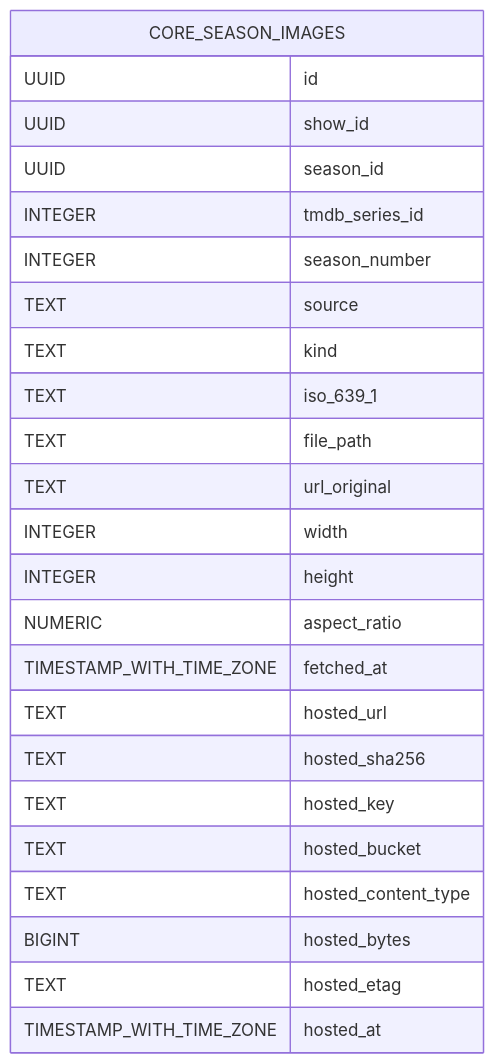
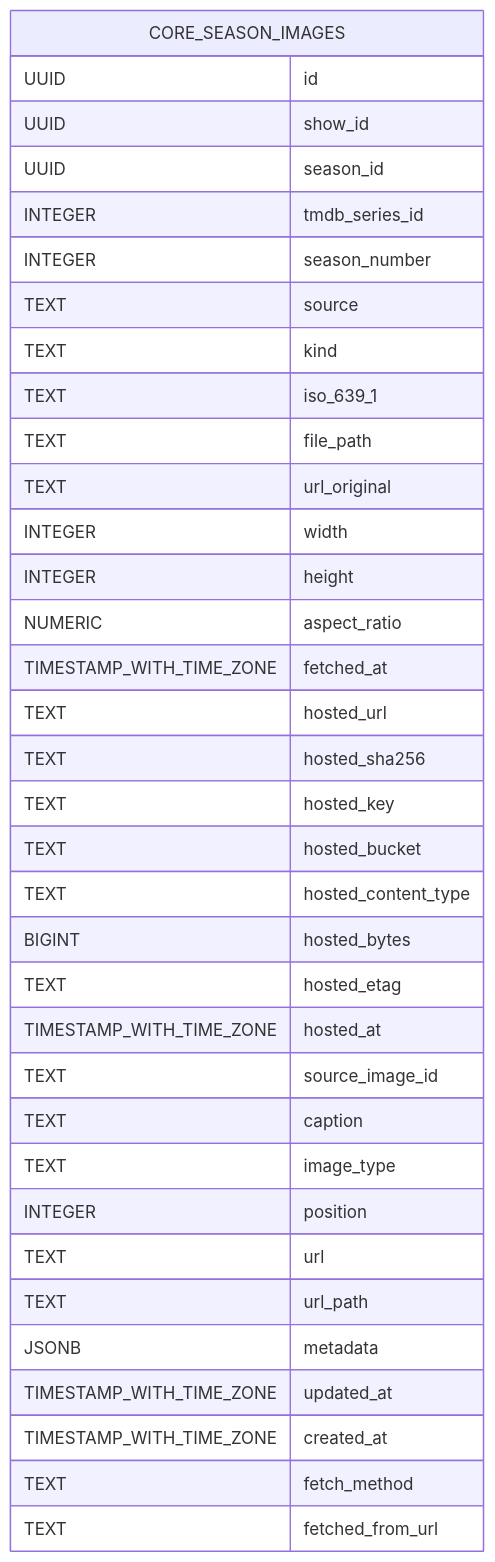
One commit to therealityreport/trr-backend changed the diagram in supabase/schema_docs/diagrams/core.season_images.mermaid.md. Above: the diagram before and after it, drawn with Mermaid. The commit also changed 29 other files, not shown here.

````diff
--- a/supabase/schema_docs/diagrams/core.season_images.mermaid.md
+++ b/supabase/schema_docs/diagrams/core.season_images.mermaid.md
@@ -4,27 +4,38 @@
 ```mermaid
 erDiagram
     CORE_SEASON_IMAGES {
         UUID id
         UUID show_id
         UUID season_id
         INTEGER tmdb_series_id
         INTEGER season_number
         TEXT source
         TEXT kind
         TEXT iso_639_1
         TEXT file_path
         TEXT url_original
         INTEGER width
         INTEGER height
         NUMERIC aspect_ratio
         TIMESTAMP_WITH_TIME_ZONE fetched_at
         TEXT hosted_url
         TEXT hosted_sha256
         TEXT hosted_key
         TEXT hosted_bucket
         TEXT hosted_content_type
         BIGINT hosted_bytes
         TEXT hosted_etag
         TIMESTAMP_WITH_TIME_ZONE hosted_at
+        TEXT source_image_id
+        TEXT caption
+        TEXT image_type
+        INTEGER position
+        TEXT url
+        TEXT url_path
+        JSONB metadata
+        TIMESTAMP_WITH_TIME_ZONE updated_at
+        TIMESTAMP_WITH_TIME_ZONE created_at
+        TEXT fetch_method
+        TEXT fetched_from_url
     }
 ```
````
